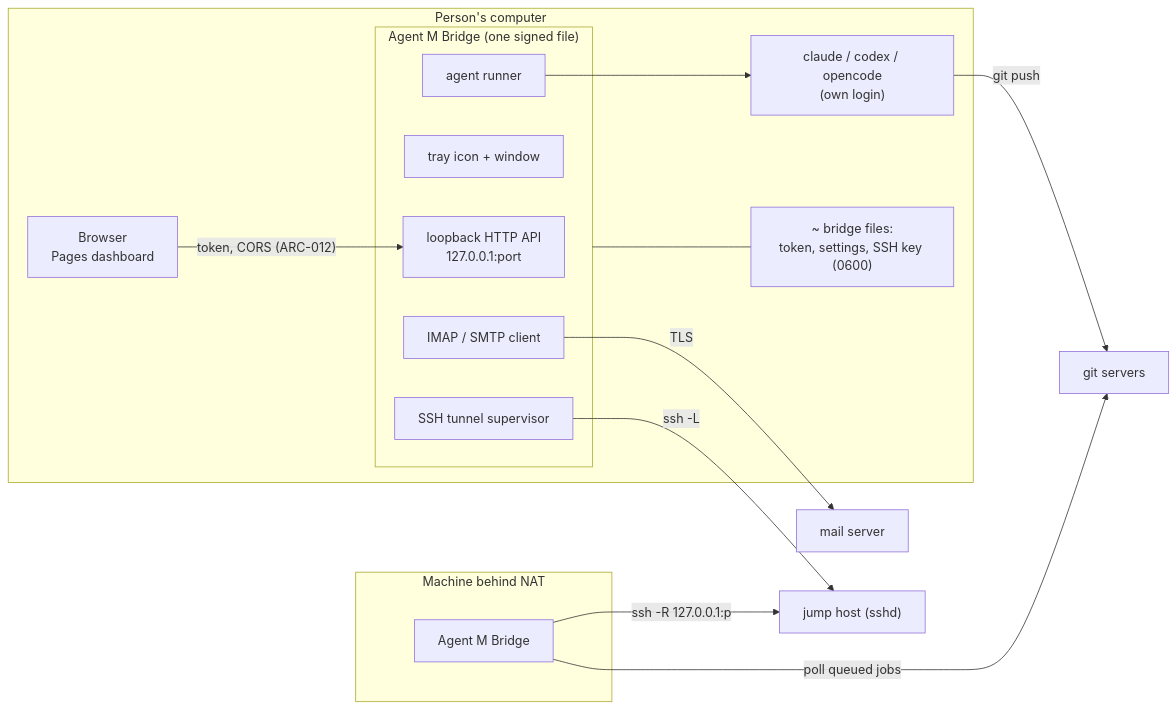
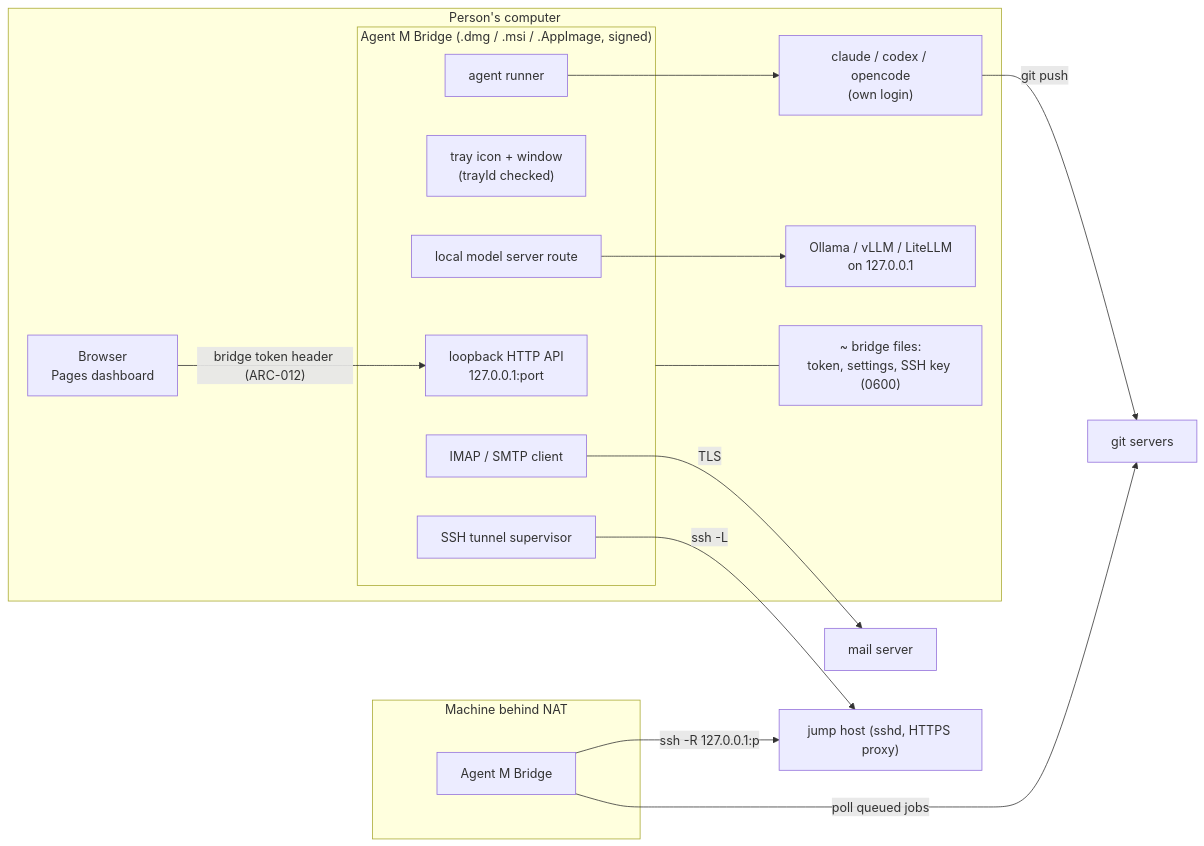
Before and after one commit to akmaier/agent-m: the diagram in docs/architecture/ARC-011-agent-m-bridge-deno-app.md, drawn with Mermaid. The commit also changed other lines of this file and 23 other files, not shown here.

First line of the commit message:
docs(architecture): align ARC and MOD files with the SPEC, use cases and measurement of 2026-09-30

````diff
--- a/docs/architecture/ARC-011-agent-m-bridge-deno-app.md
+++ b/docs/architecture/ARC-011-agent-m-bridge-deno-app.md
@@ -66,29 +96,32 @@
 ```mermaid
 flowchart LR
     subgraph PC["Person's computer"]
         BR["Browser<br/>Pages dashboard"]
-        subgraph APP["Agent M Bridge (one signed file)"]
+        subgraph APP["Agent M Bridge (.dmg / .msi / .AppImage, signed)"]
             SRV["loopback HTTP API<br/>127.0.0.1:port"]
-            TRAY["tray icon + window"]
+            TRAY["tray icon + window<br/>(trayId checked)"]
             AG["agent runner"]
+            LE["local model server route"]
             ML["IMAP / SMTP client"]
             TN["SSH tunnel supervisor"]
         end
         CLI["claude / codex / opencode<br/>(own login)"]
+        LLM["Ollama / vLLM / LiteLLM<br/>on 127.0.0.1"]
         FILES["~ bridge files:<br/>token, settings, SSH key (0600)"]
     end
     GH["git servers"]
     MS["mail server"]
-    JH["jump host (sshd)"]
+    JH["jump host (sshd, HTTPS proxy)"]
     subgraph NAT["Machine behind NAT"]
         BR2["Agent M Bridge"]
     end
-    BR -->|"token, CORS (ARC-012)"| SRV
+    BR -->|"bridge token header (ARC-012)"| SRV
     AG --> CLI
+    LE --> LLM
     CLI -->|git push| GH
     ML -->|TLS| MS
     TN -->|"ssh -L"| JH
     BR2 -->|"ssh -R 127.0.0.1:p"| JH
     APP --- FILES
     BR2 -->|poll queued jobs| GH
 ```
````
